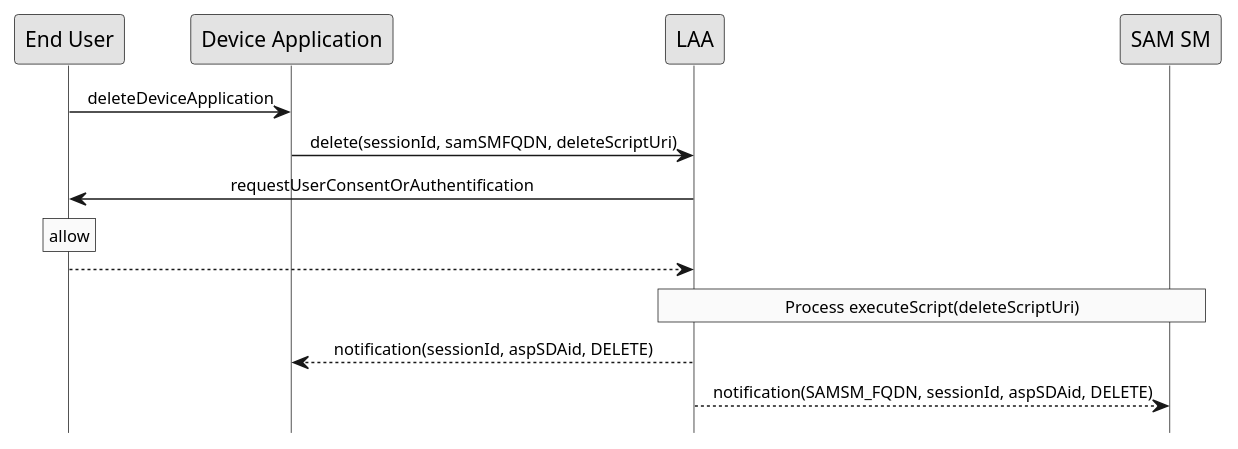
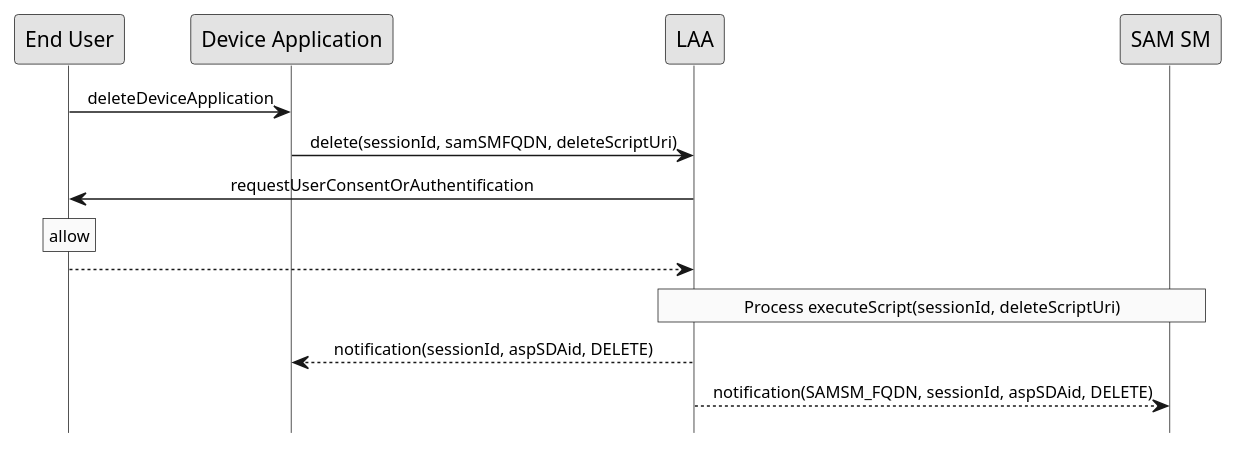
One commit to gaelrgerard/laa changed the diagram in doc/uml/delete-device-script.pu. Above: the diagram before and after it, drawn with PlantUML. The commit also changed 3 other files, not shown here.

```diff
--- a/doc/uml/delete-device-script.pu
+++ b/doc/uml/delete-device-script.pu
@@ -1,26 +1,26 @@
 @startuml
 
 hide footbox
 skinparam sequenceMessageAlign center
 skinparam sequenceArrowFontSize 11
 skinparam noteFontSize 11
 skinparam monochrome true
 skinparam lifelinestrategy solid
  
 "End User" -> "Device Application" : deleteDeviceApplication
 "Device Application" -> LAA : delete(sessionId, samSMFQDN, deleteScriptUri)
 
 LAA -> "End User" : requestUserConsentOrAuthentification
 rnote over "End User": allow
 LAA <-- "End User"
 
 rnote over "LAA", "SAM SM"
-     Process executeScript(deleteScriptUri)
+     Process executeScript(sessionId, deleteScriptUri)
 end rnote
 
 
  
 LAA --> "Device Application" : notification(sessionId, aspSDAid, DELETE)
  
 LAA --> "SAM SM" : notification(SAMSM_FQDN, sessionId, aspSDAid, DELETE)
 @enduml
```
